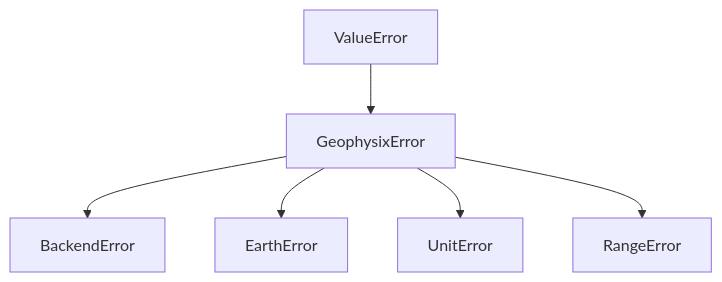
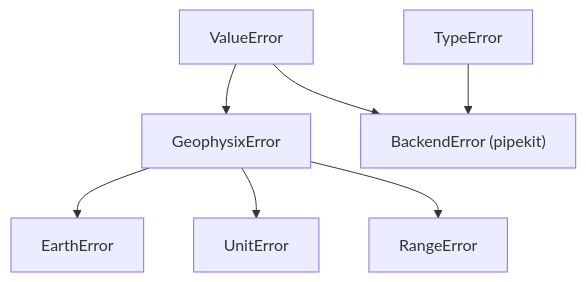
The diagram in docs/api/exceptions.md (jejjohnson/geophysix), drawn with Mermaid before and after one commit. The commit also changed other lines of this file and 30 other files, not shown here.

First line of the commit message:
refactor(backend): the array backend comes from pipekit_array.functions (#67)

````diff
--- a/docs/api/exceptions.md
+++ b/docs/api/exceptions.md
@@ -5,8 +7,9 @@
 ```mermaid
 graph TD
     V[ValueError] --> G[GeophysixError]
-    G --> B[BackendError]
+    V --> B["BackendError (pipekit)"]
+    T[TypeError] --> B
     G --> E[EarthError]
     G --> U[UnitError]
     G --> R[RangeError]
 ```
````
